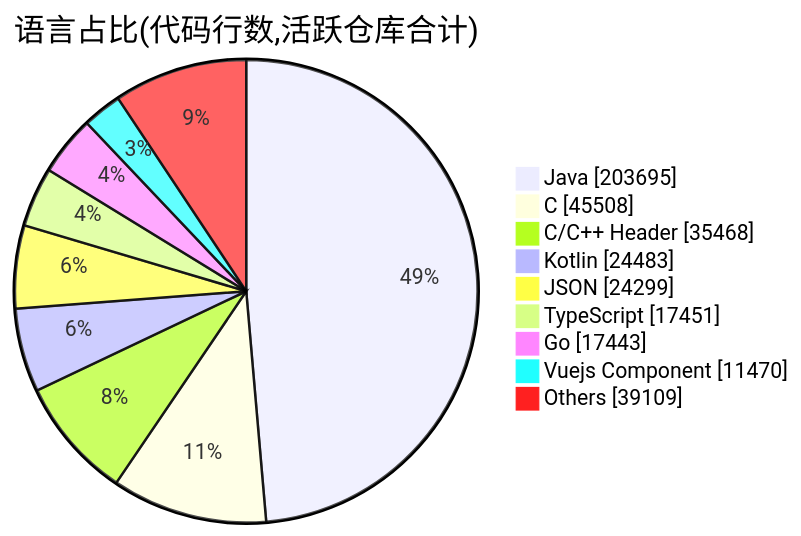
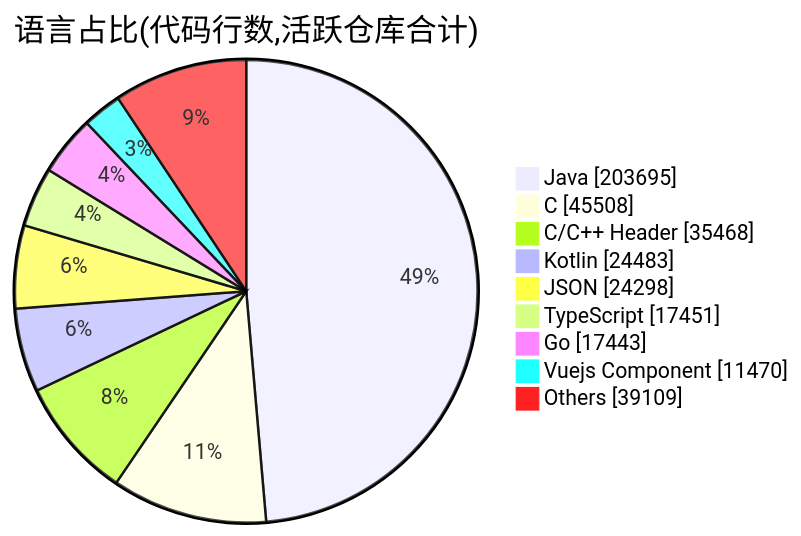
One commit to Conflux-Union/.github changed the second of 2 diagrams in profile/README.md. Above: the diagram before and after it, drawn with Mermaid. The commit also changed other lines of this file and 1 other file, not shown here.

````diff
--- a/profile/README.md
+++ b/profile/README.md
@@ -82,13 +82,13 @@
 ```mermaid
 pie showData
     title 语言占比(代码行数,活跃仓库合计)
     "Java" : 203695
     "C" : 45508
     "C/C++ Header" : 35468
     "Kotlin" : 24483
-    "JSON" : 24299
+    "JSON" : 24298
     "TypeScript" : 17451
     "Go" : 17443
     "Vuejs Component" : 11470
     "Others" : 39109
 ```
````
